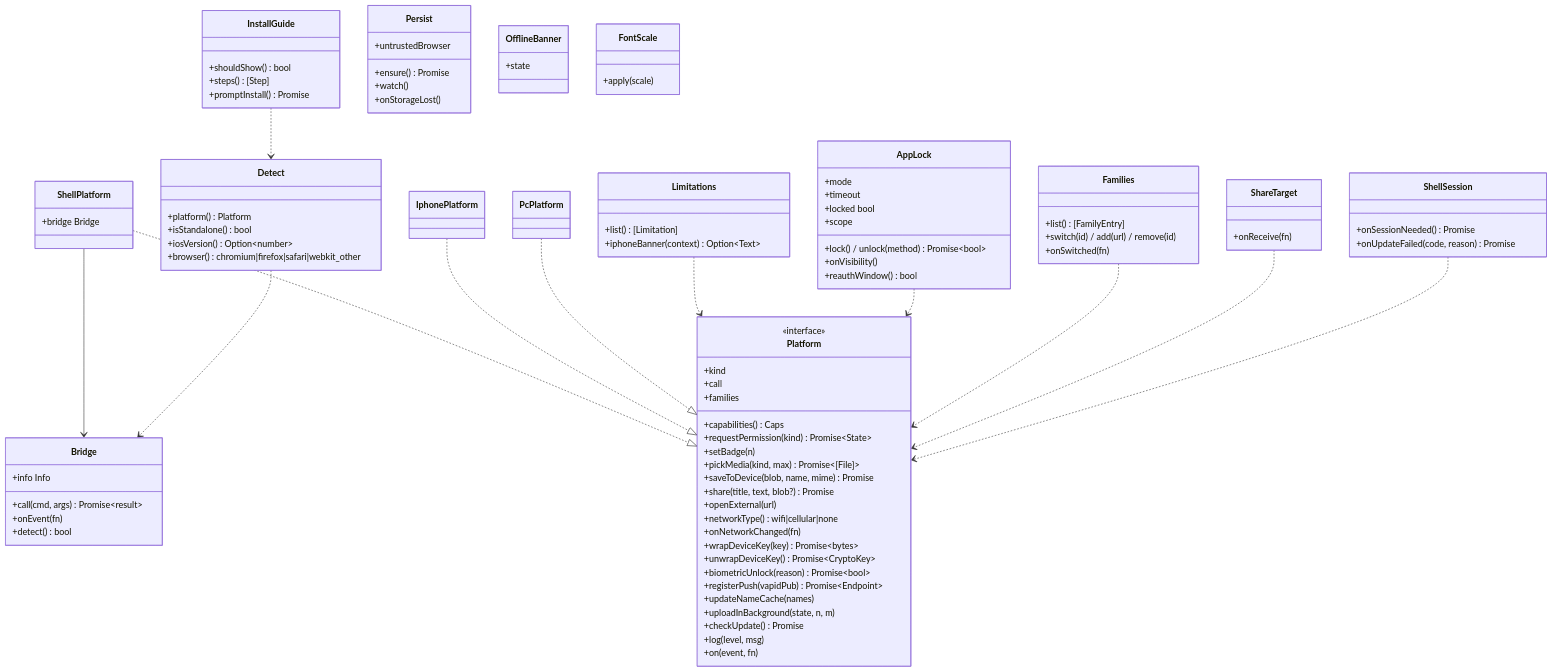
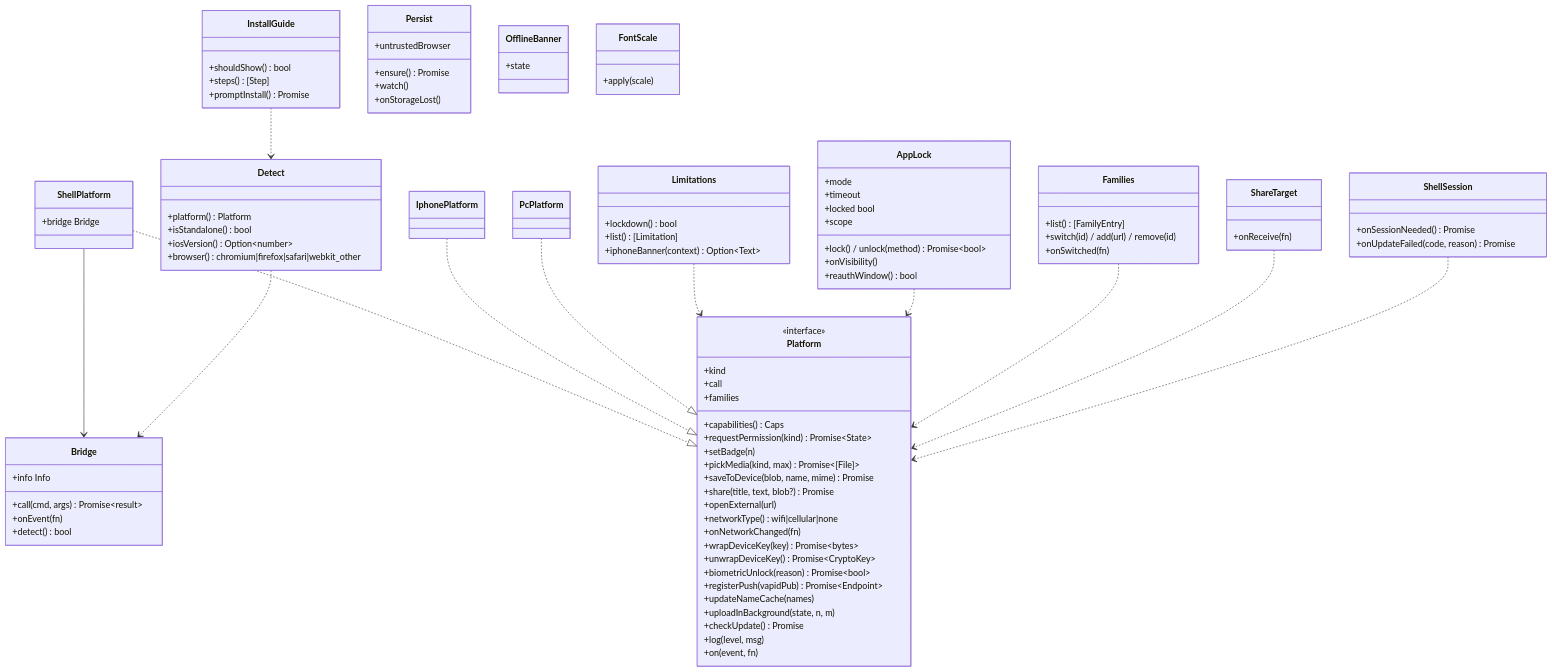
One commit to nrsd-ishikawasou/family-talk-pwa changed the diagram in dev/docs/jp/ブロック/web-shell.md. Above: the diagram before and after it, drawn with Mermaid. The commit also changed other lines of this file and 165 other files, not shown here.

```diff
--- a/dev/docs/jp/ブロック/web-shell.md
+++ b/dev/docs/jp/ブロック/web-shell.md
@@ -89,6 +89,7 @@
     +promptInstall() Promise
   }
   class Limitations {
+    +lockdown() bool
     +list() [Limitation]
     +iphoneBanner(context) Option~Text~
   }
```
